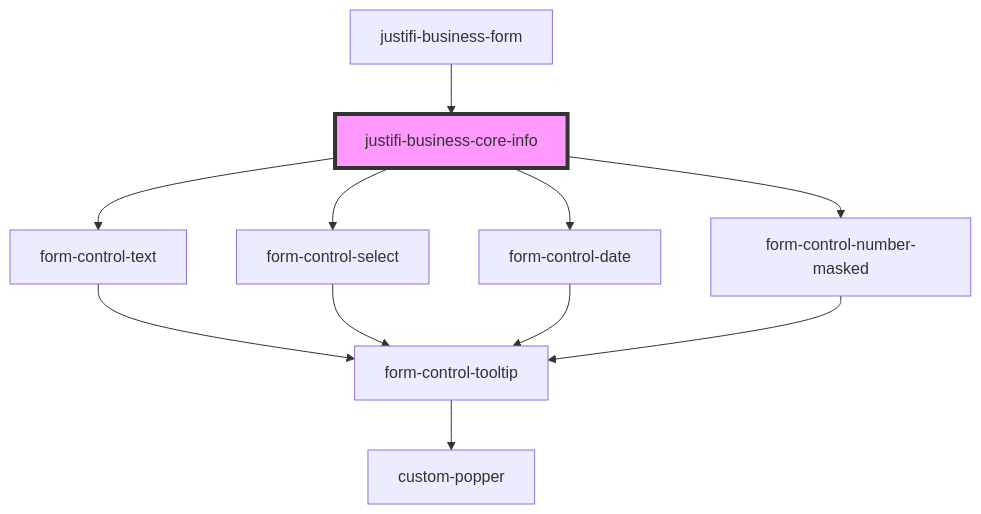
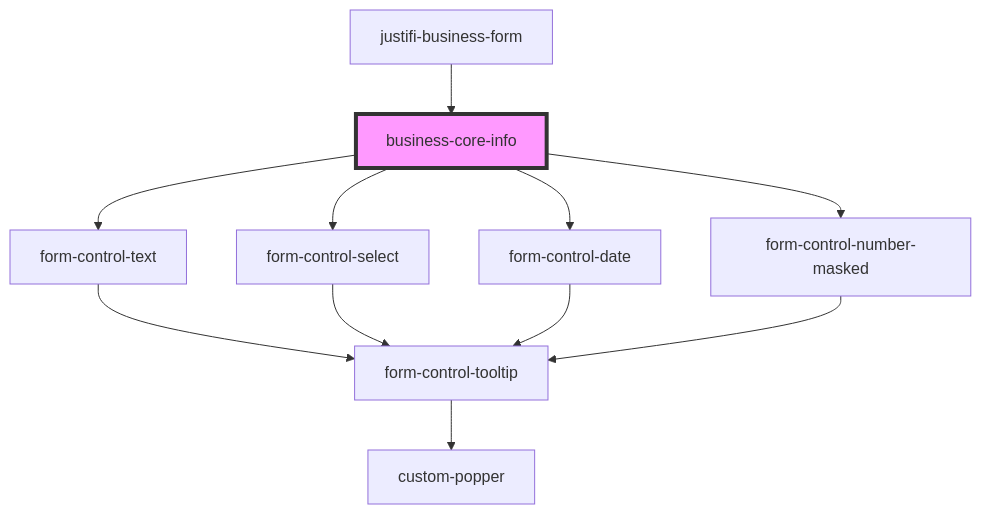
The diagram in packages/webcomponents/src/components/business-forms/business-form/business-core-info/readme.md (justifi-tech/web-component-library), drawn with Mermaid before and after one commit. The commit also changed 14 other files, not shown here.

First line of the commit message:
Refactor business forms components to remove 'Justifi' prefix

````diff
--- a/packages/webcomponents/src/components/business-forms/business-form/business-core-info/readme.md
+++ b/packages/webcomponents/src/components/business-forms/business-form/business-core-info/readme.md
@@ -36,14 +36,14 @@
 ```mermaid
 graph TD;
-  justifi-business-core-info --> form-control-text
-  justifi-business-core-info --> form-control-select
-  justifi-business-core-info --> form-control-date
-  justifi-business-core-info --> form-control-number-masked
+  business-core-info --> form-control-text
+  business-core-info --> form-control-select
+  business-core-info --> form-control-date
+  business-core-info --> form-control-number-masked
   form-control-text --> form-control-tooltip
   form-control-tooltip --> custom-popper
   form-control-select --> form-control-tooltip
   form-control-date --> form-control-tooltip
   form-control-number-masked --> form-control-tooltip
-  justifi-business-form --> justifi-business-core-info
-  style justifi-business-core-info fill:#f9f,stroke:#333,stroke-width:4px
+  justifi-business-form --> business-core-info
+  style business-core-info fill:#f9f,stroke:#333,stroke-width:4px
 ```
````
